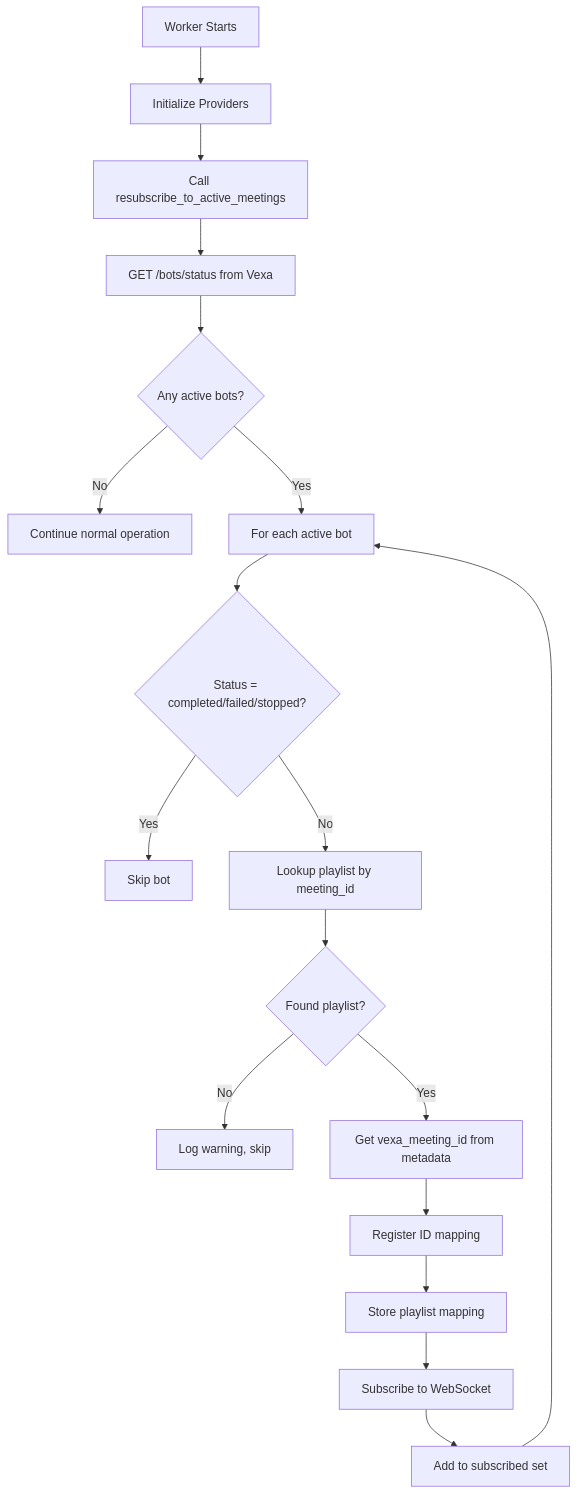
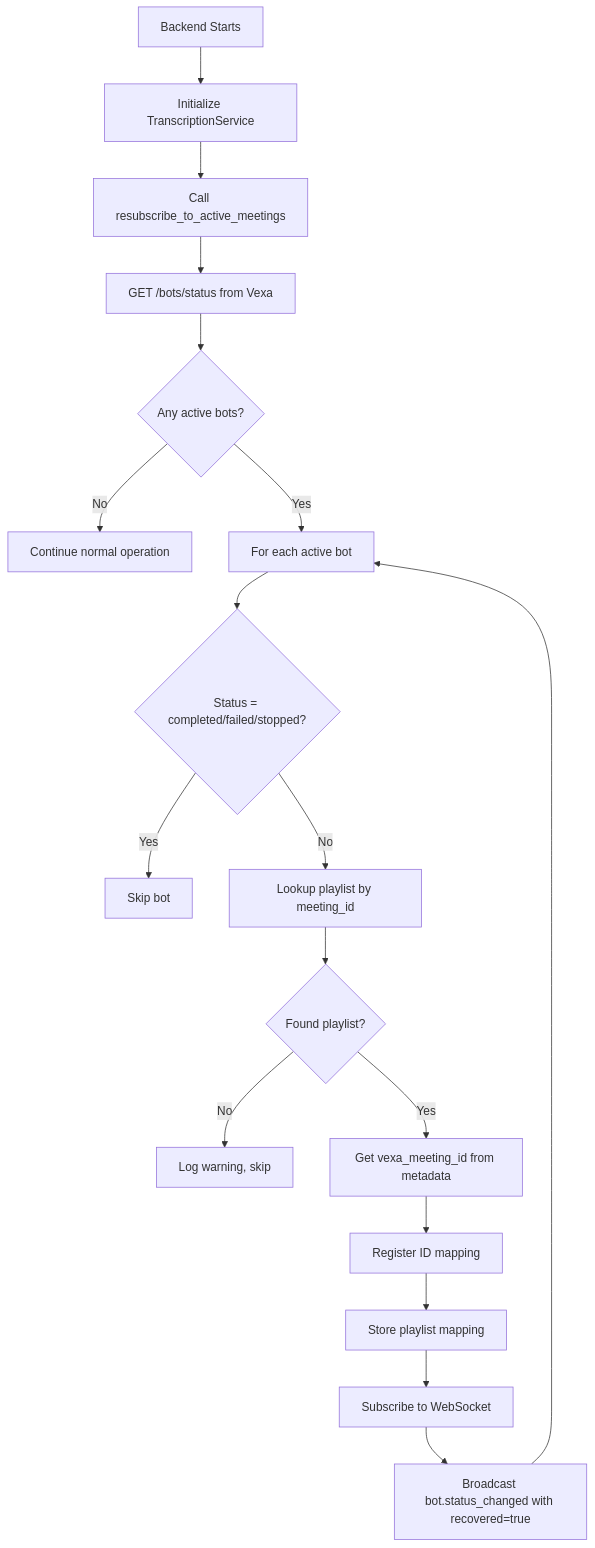
The fifth of 5 diagrams in backend/docs/TRANSCRIPTION_PIPELINE.md (jspada200/dna), drawn with Mermaid before and after one commit. The commit also changed other lines of this file and 8 other files, not shown here.

````diff
--- a/backend/docs/TRANSCRIPTION_PIPELINE.md
+++ b/backend/docs/TRANSCRIPTION_PIPELINE.md
@@ -452,23 +453,23 @@
 ```mermaid
 flowchart TD
-    A[Worker Starts] --> B[Initialize Providers]
+    A[Backend Starts] --> B[Initialize TranscriptionService]
     B --> C[Call resubscribe_to_active_meetings]
     C --> D[GET /bots/status from Vexa]
     D --> E{Any active bots?}
     E -->|No| F[Continue normal operation]
     E -->|Yes| G[For each active bot]
     
     G --> H{Status = completed/failed/stopped?}
     H -->|Yes| I[Skip bot]
     H -->|No| J[Lookup playlist by meeting_id]
     
     J --> K{Found playlist?}
     K -->|No| L[Log warning, skip]
     K -->|Yes| M[Get vexa_meeting_id from metadata]
     
     M --> N[Register ID mapping]
     N --> O[Store playlist mapping]
     O --> P[Subscribe to WebSocket]
-    P --> Q[Add to subscribed set]
+    P --> Q[Broadcast bot.status_changed with recovered=true]
     Q --> G
 ```
````
